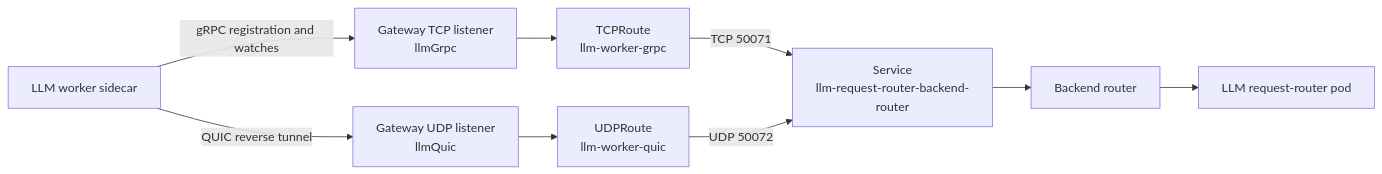
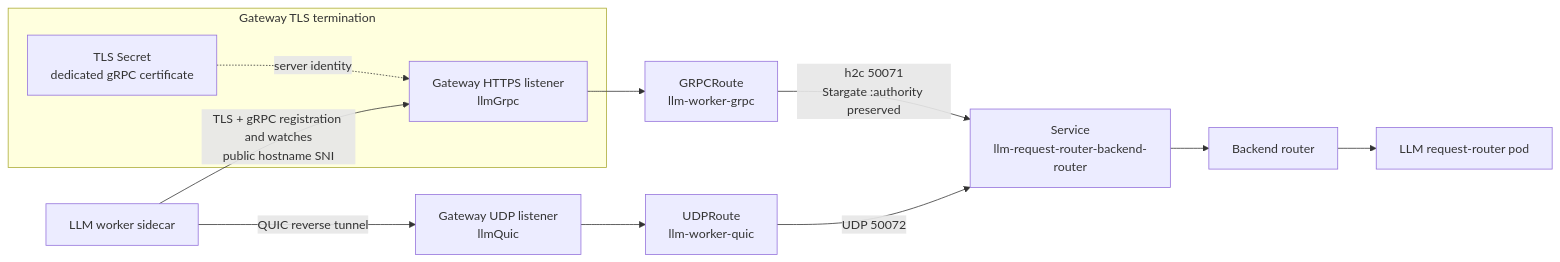
Before and after one commit to NVIDIA/nvcf: the diagram in docs/user/gateway-routing.md, drawn with Mermaid. The commit also changed other lines of this file and 28 other files, not shown here.

Commit message:
feat(self-managed): secure LLM gRPC ingress (#1300)

````diff
--- a/docs/user/gateway-routing.md
+++ b/docs/user/gateway-routing.md
@@ -245,20 +245,24 @@
 ```mermaid
 flowchart LR
     Worker["LLM worker sidecar"]
-    TcpListener["Gateway TCP listener<br/>llmGrpc"]
-    TcpRoute["TCPRoute<br/>llm-worker-grpc"]
+    subgraph GatewayTls["Gateway TLS termination"]
+        Certificate["TLS Secret<br/>dedicated gRPC certificate"]
+        HttpsListener["Gateway HTTPS listener<br/>llmGrpc"]
+    end
+    GrpcRoute["GRPCRoute<br/>llm-worker-grpc"]
     UdpListener["Gateway UDP listener<br/>llmQuic"]
     UdpRoute["UDPRoute<br/>llm-worker-quic"]
     Service["Service<br/>llm-request-router-backend-router"]
     Backend["Backend router"]
     Router["LLM request-router pod"]
 
-    Worker -->|"gRPC registration and watches"| TcpListener
-    TcpListener --> TcpRoute
-    TcpRoute -->|"TCP 50071"| Service
+    Certificate -.->|"server identity"| HttpsListener
+    Worker -->|"TLS + gRPC registration and watches<br/>public hostname SNI"| HttpsListener
+    HttpsListener --> GrpcRoute
+    GrpcRoute -->|"h2c 50071<br/>Stargate :authority preserved"| Service
     Worker -->|"QUIC reverse tunnel"| UdpListener
     UdpListener --> UdpRoute
     UdpRoute -->|"UDP 50072"| Service
     Service --> Backend
     Backend --> Router
 ```
````
